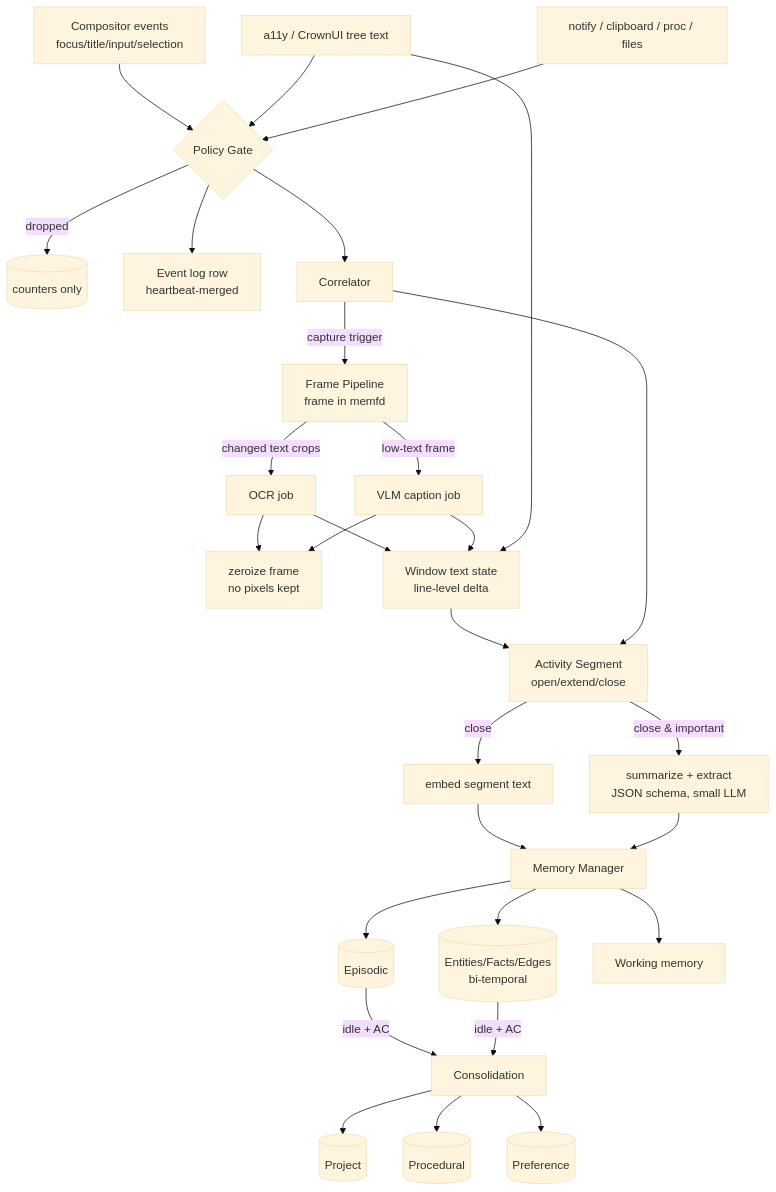
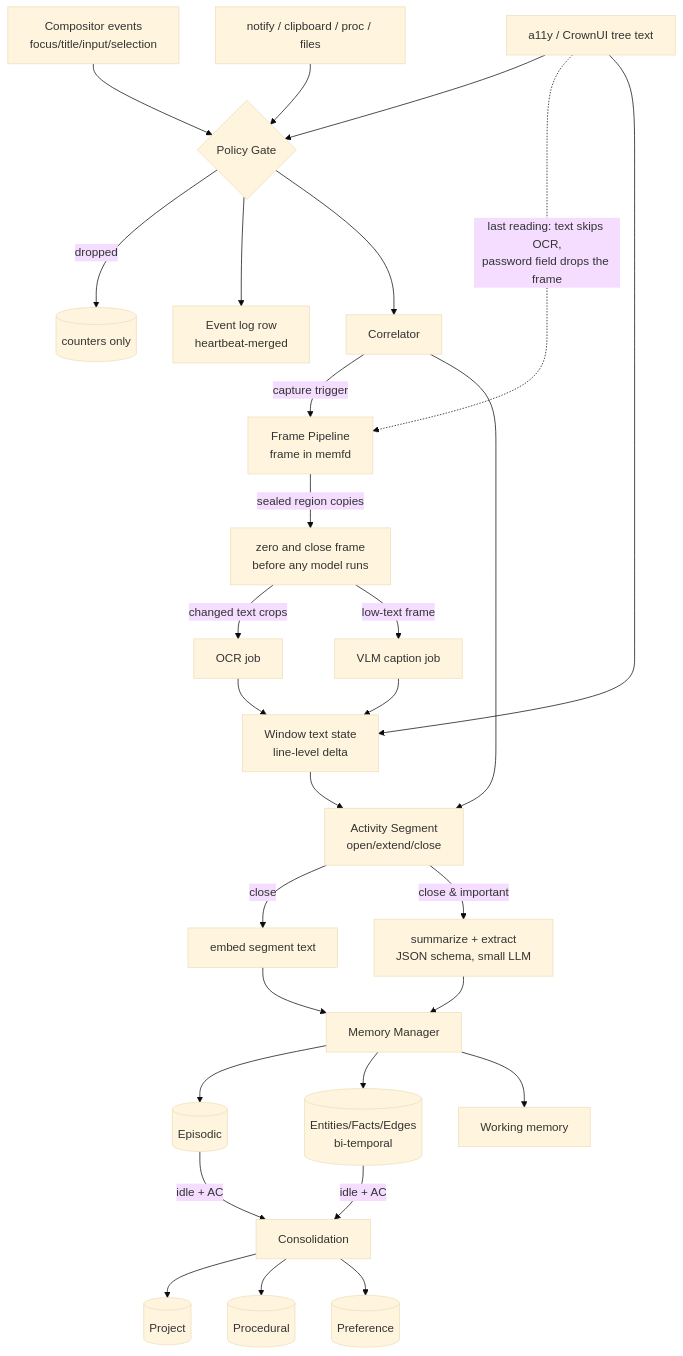
Before and after one commit to Crown-OS/crownos-visual-context-engine: the second of 4 diagrams in docs/02-architecture.md, drawn with Mermaid (base theme). The commit also changed other lines of this file and 4 other files, not shown here.

````diff
--- a/docs/02-architecture.md
+++ b/docs/02-architecture.md
@@ -182,28 +182,29 @@
 ```mermaid
 flowchart TD
   A[Compositor events<br/>focus/title/input/selection] --> G{Policy Gate}
   B[a11y / CrownUI tree text] --> G
   C[notify / clipboard / proc / files] --> G
   G -- dropped --> X[(counters only)]
   G --> E[Event log row<br/>heartbeat-merged]
   G --> K[Correlator]
   K -->|capture trigger| F[Frame Pipeline<br/>frame in memfd]
-  F -->|changed text crops| O[OCR job]
-  F -->|low-text frame| V[VLM caption job]
-  O & V --> Z[zeroize frame<br/>no pixels kept]
+  B -.->|last reading: text skips OCR,<br/>password field drops the frame| F
+  F -->|sealed region copies| Z[zero and close frame<br/>before any model runs]
+  Z -->|changed text crops| O[OCR job]
+  Z -->|low-text frame| V[VLM caption job]
   O --> T[Window text state<br/>line-level delta]
   V --> T
   B --> T
   T --> S[Activity Segment<br/>open/extend/close]
   K --> S
   S -->|close| J1[embed segment text]
   S -->|close & important| J2[summarize + extract<br/>JSON schema, small LLM]
   J1 & J2 --> M[Memory Manager]
   M --> EP[(Episodic)]
   M --> SEM[(Entities/Facts/Edges<br/>bi-temporal)]
   M --> WMEM[Working memory]
   EP & SEM -->|idle + AC| CONS[Consolidation]
   CONS --> PRJ[(Project)]
   CONS --> PROC[(Procedural)]
   CONS --> PREF[(Preference)]
 ```
````
